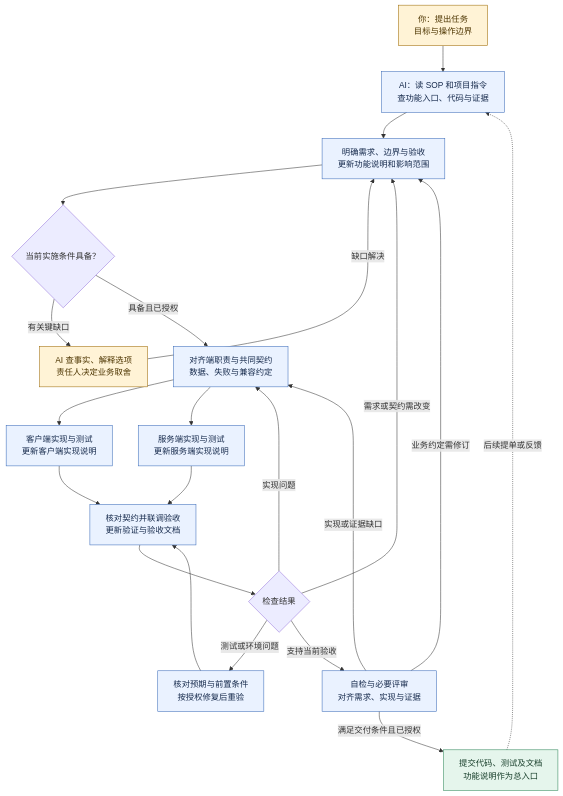
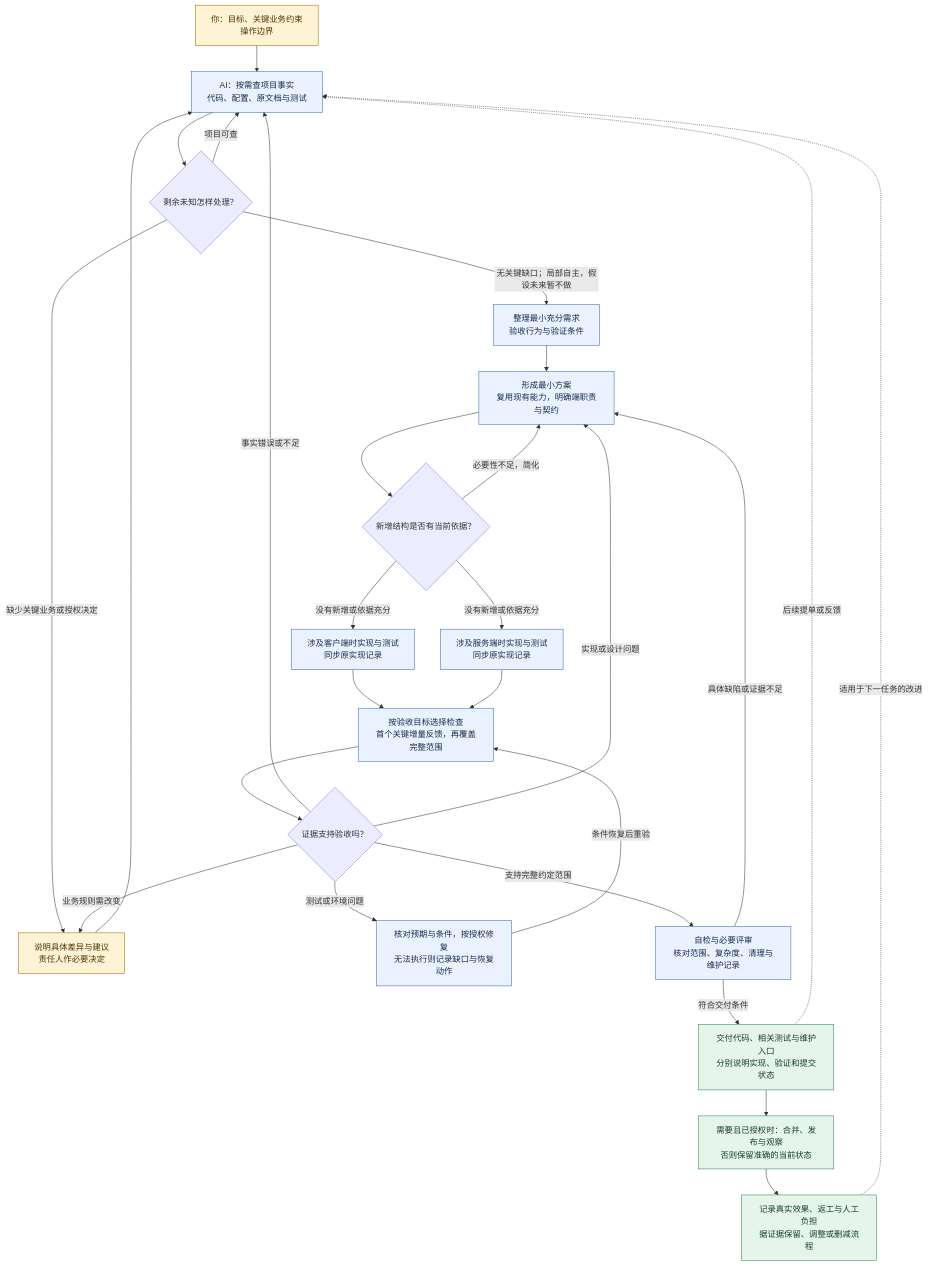
The diagram in README.md (YIMO691/Workflow-SOP), drawn with Mermaid before and after one commit. The commit also changed other lines of this file and 23 other files, not shown here.

````diff
--- a/README.md
+++ b/README.md
@@ -53,29 +57,35 @@
 ```mermaid
 flowchart TB
-    A["你：提出任务<br/>目标与操作边界"] --> B["AI：读 SOP 和项目指令<br/>查功能入口、代码与证据"]
-    B --> C["明确需求、边界与验收<br/>更新功能说明和影响范围"]
-    C --> Q{"当前实施条件具备？"}
-    Q -->|有关键缺口| H["AI 查事实、解释选项<br/>责任人决定业务取舍"]
-    H -->|缺口解决| C
-    Q -->|具备且已授权| D["对齐端职责与共同契约<br/>数据、失败与兼容约定"]
-    D --> CL["客户端实现与测试<br/>更新客户端实现说明"]
-    D --> SV["服务端实现与测试<br/>更新服务端实现说明"]
-    CL --> V["核对契约并联调验收<br/>更新验证与验收文档"]
+    A["你：目标、关键业务约束<br/>操作边界"] --> B["AI：按需查项目事实<br/>代码、配置、原文档与测试"]
+    B --> Q{"剩余未知怎样处理？"}
+    Q -->|项目可查| B
+    Q -->|缺少关键业务或授权决定| H["说明具体差异与建议<br/>责任人作必要决定"]
+    H --> B
+    Q -->|无关键缺口；局部自主，假设未来暂不做| C["整理最小充分需求<br/>验收行为与验证条件"]
+    C --> D["形成最小方案<br/>复用现有能力，明确端职责与契约"]
+    D --> K{"新增结构是否有当前依据？"}
+    K -->|必要性不足，简化| D
+    K -->|没有新增或依据充分| CL["涉及客户端时实现与测试<br/>同步原实现记录"]
+    K -->|没有新增或依据充分| SV["涉及服务端时实现与测试<br/>同步原实现记录"]
+    CL --> V["按验收目标选择检查<br/>首个关键增量反馈，再覆盖完整范围"]
     SV --> V
-    V --> K{"检查结果"}
-    K -->|实现问题| D
-    K -->|需求或契约需改变| C
-    K -->|测试或环境问题| F["核对预期与前置条件<br/>按授权修复后重验"]
-    F --> V
-    K -->|支持当前验收| R["自检与必要评审<br/>对齐需求、实现与证据"]
-    R -->|实现或证据缺口| D
-    R -->|业务约定需修订| C
-    R -->|满足交付条件且已授权| Z["提交代码、测试及文档<br/>功能说明作为总入口"]
+    V --> R{"证据支持验收吗？"}
+    R -->|事实错误或不足| B
+    R -->|实现或设计问题| D
+    R -->|业务规则需改变| H
+    R -->|测试或环境问题| F["核对预期与条件，按授权修复<br/>无法执行则记录缺口与恢复动作"]
+    F -->|条件恢复后重验| V
+    R -->|支持完整约定范围| J["自检与必要评审<br/>核对范围、复杂度、清理与维护记录"]
+    J -->|具体缺陷或证据不足| D
+    J -->|符合交付条件| Z["交付代码、相关测试与维护入口<br/>分别说明实现、验证和提交状态"]
+    Z --> P["需要且已授权时：合并、发布与观察<br/>否则保留准确的当前状态"]
+    P --> E["记录真实效果、返工与人工负担<br/>据证据保留、调整或删减流程"]
     Z -.->|后续提单或反馈| B
+    E -.->|适用于下一任务的改进| B
     classDef human fill:#FFF3D6,stroke:#9A6700,color:#4D3500
     classDef work fill:#EAF2FF,stroke:#3567B7,color:#172B4D
     classDef result fill:#E5F5EC,stroke:#288353,color:#163D29
     class A,H human
-    class B,C,D,CL,SV,V,F,R work
-    class Z result
+    class B,C,D,CL,SV,V,F,J work
+    class Z,P,E result
 ```
````
